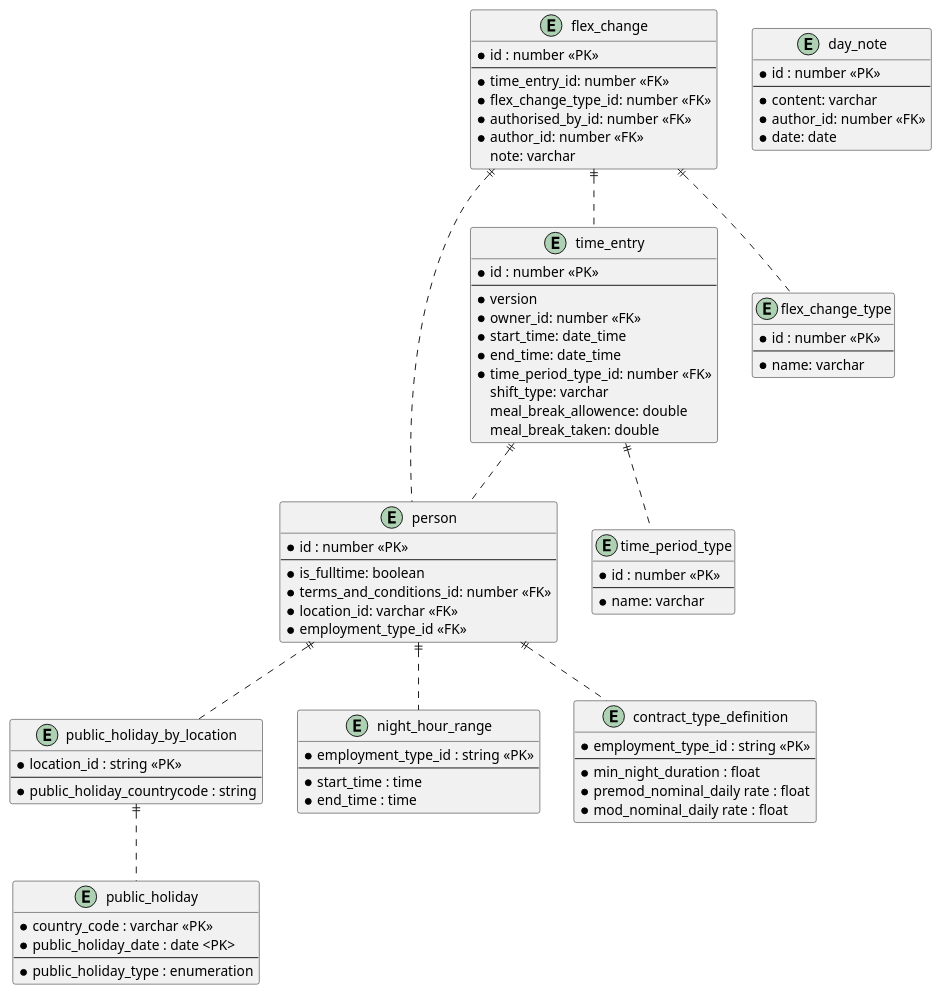
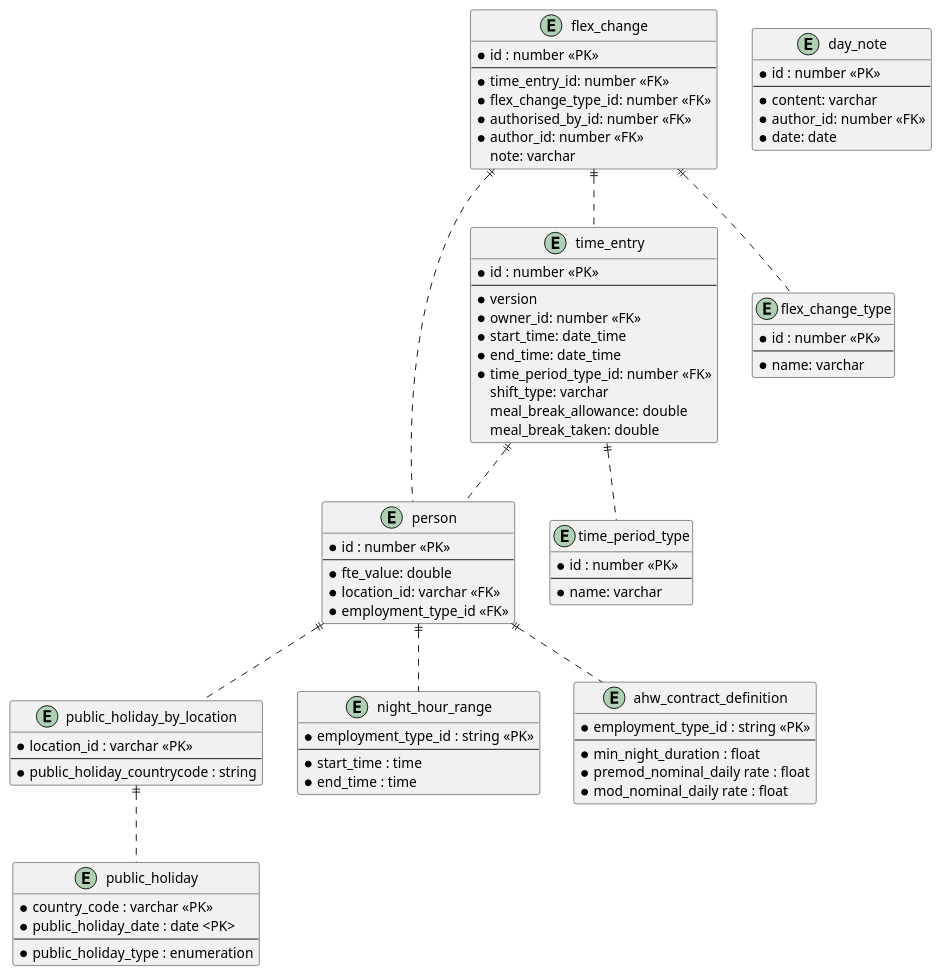
Before and after one commit to UKHomeOffice/callisto-timecard-restapi: the diagram in docs/storage-model.puml, drawn with PlantUML. The commit also changed 4 other files, not shown here.

```diff
--- a/docs/storage-model.puml
+++ b/docs/storage-model.puml
@@ -1,93 +1,92 @@
 @startuml
 
 entity person {
   * id : number <<PK>>
   --
-  * is_fulltime: boolean 
-  * terms_and_conditions_id: number <<FK>>
+  * fte_value: double 
   * location_id: varchar <<FK>>
   * employment_type_id <<FK>>
 }
 
 entity time_entry {
   * id : number <<PK>>
   --
   * version
   * owner_id: number <<FK>>
   * start_time: date_time
   * end_time: date_time
   * time_period_type_id: number <<FK>>  
   shift_type: varchar
-  meal_break_allowence: double
+  meal_break_allowance: double
   meal_break_taken: double
 }
 
 entity day_note {
   * id : number <<PK>>
   --
   * content: varchar
   * author_id: number <<FK>>
   * date: date
 }
 
 entity flex_change {
   * id : number <<PK>>
   --
   * time_entry_id: number <<FK>>
   * flex_change_type_id: number <<FK>>
   * authorised_by_id: number <<FK>>
   * author_id: number <<FK>>
   note: varchar
 }
 
 entity time_period_type {
   * id : number <<PK>>
   --
   * name: varchar
 }
 
 entity flex_change_type {
   * id : number <<PK>>
   --
   * name: varchar
 }
 
 entity public_holiday_by_location {
-  * location_id : string <<PK>>
+  * location_id : varchar <<PK>>
   --
   * public_holiday_countrycode : string
 }
 
 entity public_holiday {
   * country_code : varchar <<PK>>
   * public_holiday_date : date <PK>
   --
   * public_holiday_type : enumeration
 }
 
 entity night_hour_range {
   * employment_type_id : string <<PK>>
   --
   * start_time : time
   * end_time : time
 }
 
-entity contract_type_definition {
+entity ahw_contract_definition {
   * employment_type_id : string <<PK>>
   --
   * min_night_duration : float
   * premod_nominal_daily rate : float
   * mod_nominal_daily rate : float
 }
 
 time_entry ||.. person
 time_entry ||.. time_period_type
 flex_change ||.. time_entry
 flex_change ||.. person
 flex_change ||.. flex_change_type
 person ||.. night_hour_range
-person ||.. contract_type_definition
+person ||.. ahw_contract_definition
 person ||.. public_holiday_by_location
 public_holiday_by_location ||.. public_holiday
 
 @enduml
```
